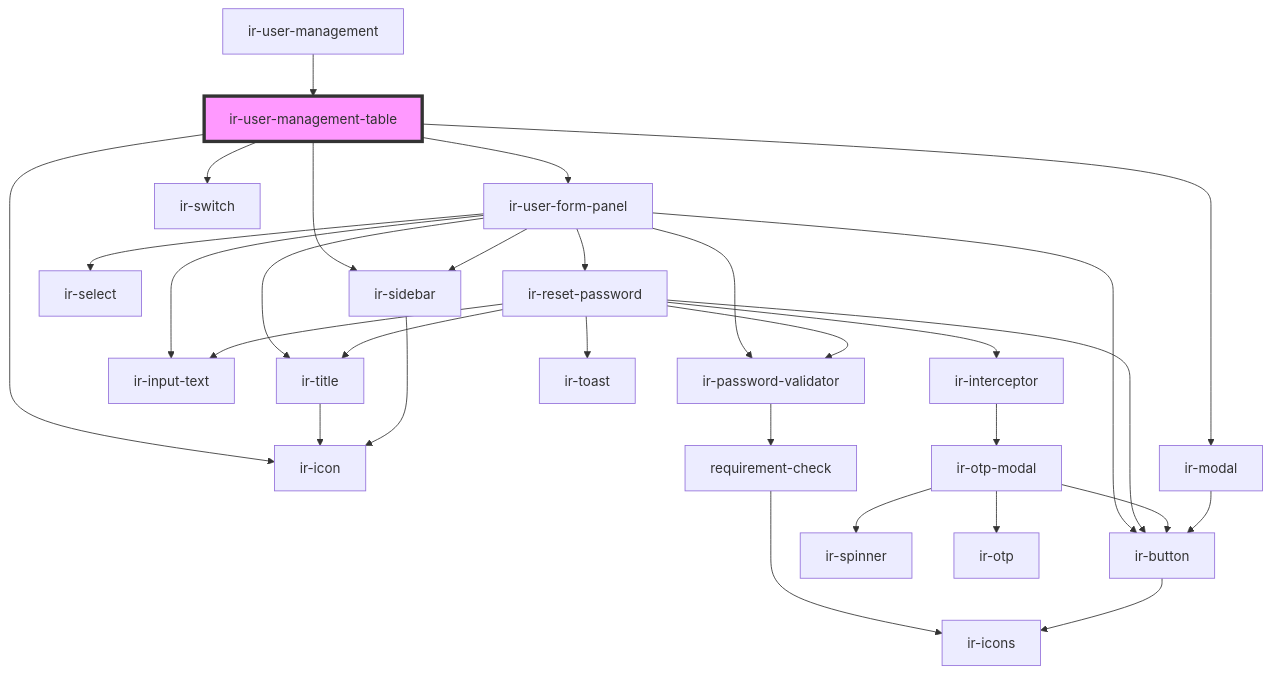
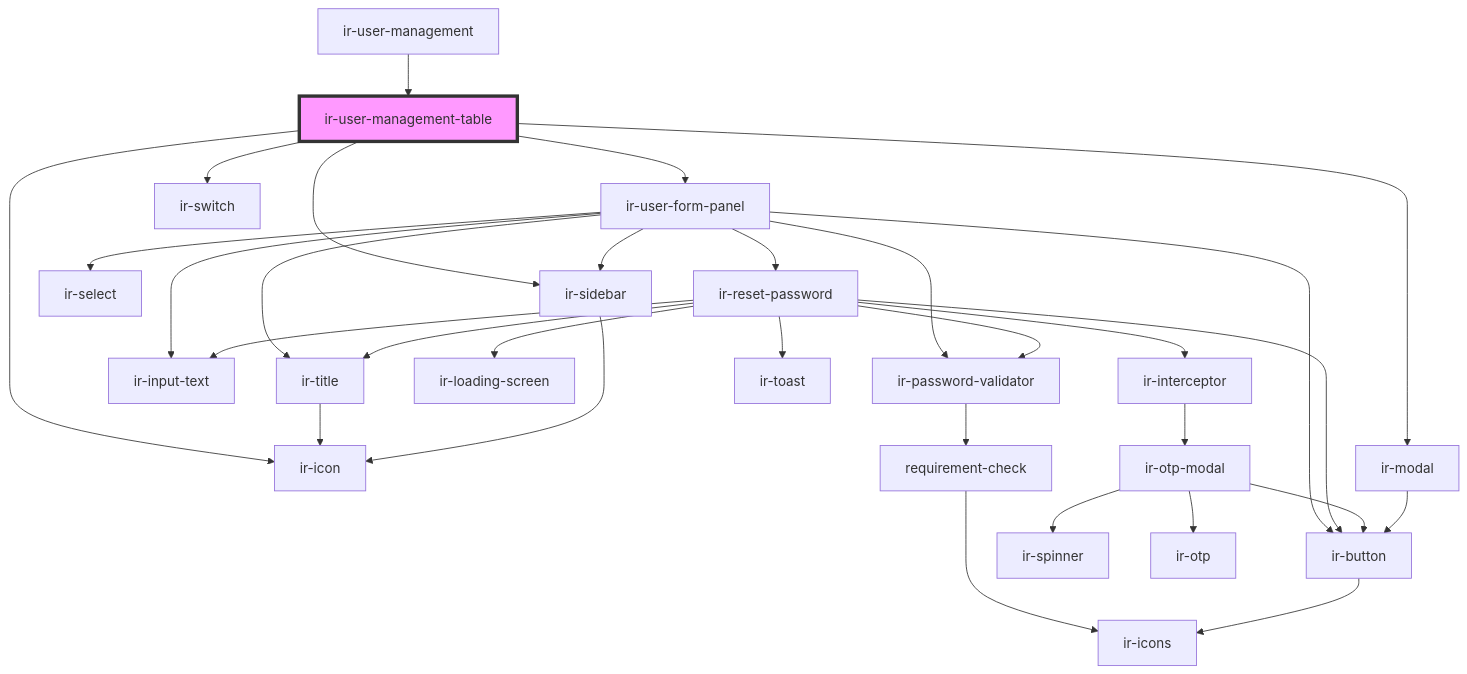
The diagram in src/components/ir-user-management/ir-user-management-table/readme.md (RonyRizk/ir-webcmp), drawn with Mermaid before and after one commit. The commit also changed 7 other files, not shown here.

````diff
--- a/src/components/ir-user-management/ir-user-management-table/readme.md
+++ b/src/components/ir-user-management/ir-user-management-table/readme.md
@@ -46,33 +46,34 @@
 ```mermaid
 graph TD;
   ir-user-management-table --> ir-user-form-panel
   ir-user-management-table --> ir-icon
   ir-user-management-table --> ir-switch
   ir-user-management-table --> ir-sidebar
   ir-user-management-table --> ir-modal
   ir-user-form-panel --> ir-title
   ir-user-form-panel --> ir-input-text
   ir-user-form-panel --> ir-select
   ir-user-form-panel --> ir-password-validator
   ir-user-form-panel --> ir-button
   ir-user-form-panel --> ir-sidebar
   ir-user-form-panel --> ir-reset-password
   ir-title --> ir-icon
   ir-password-validator --> requirement-check
   requirement-check --> ir-icons
   ir-button --> ir-icons
   ir-sidebar --> ir-icon
+  ir-reset-password --> ir-loading-screen
   ir-reset-password --> ir-interceptor
   ir-reset-password --> ir-toast
   ir-reset-password --> ir-title
   ir-reset-password --> ir-input-text
   ir-reset-password --> ir-password-validator
   ir-reset-password --> ir-button
   ir-interceptor --> ir-otp-modal
   ir-otp-modal --> ir-spinner
   ir-otp-modal --> ir-otp
   ir-otp-modal --> ir-button
   ir-modal --> ir-button
   ir-user-management --> ir-user-management-table
   style ir-user-management-table fill:#f9f,stroke:#333,stroke-width:4px
 ```
````
